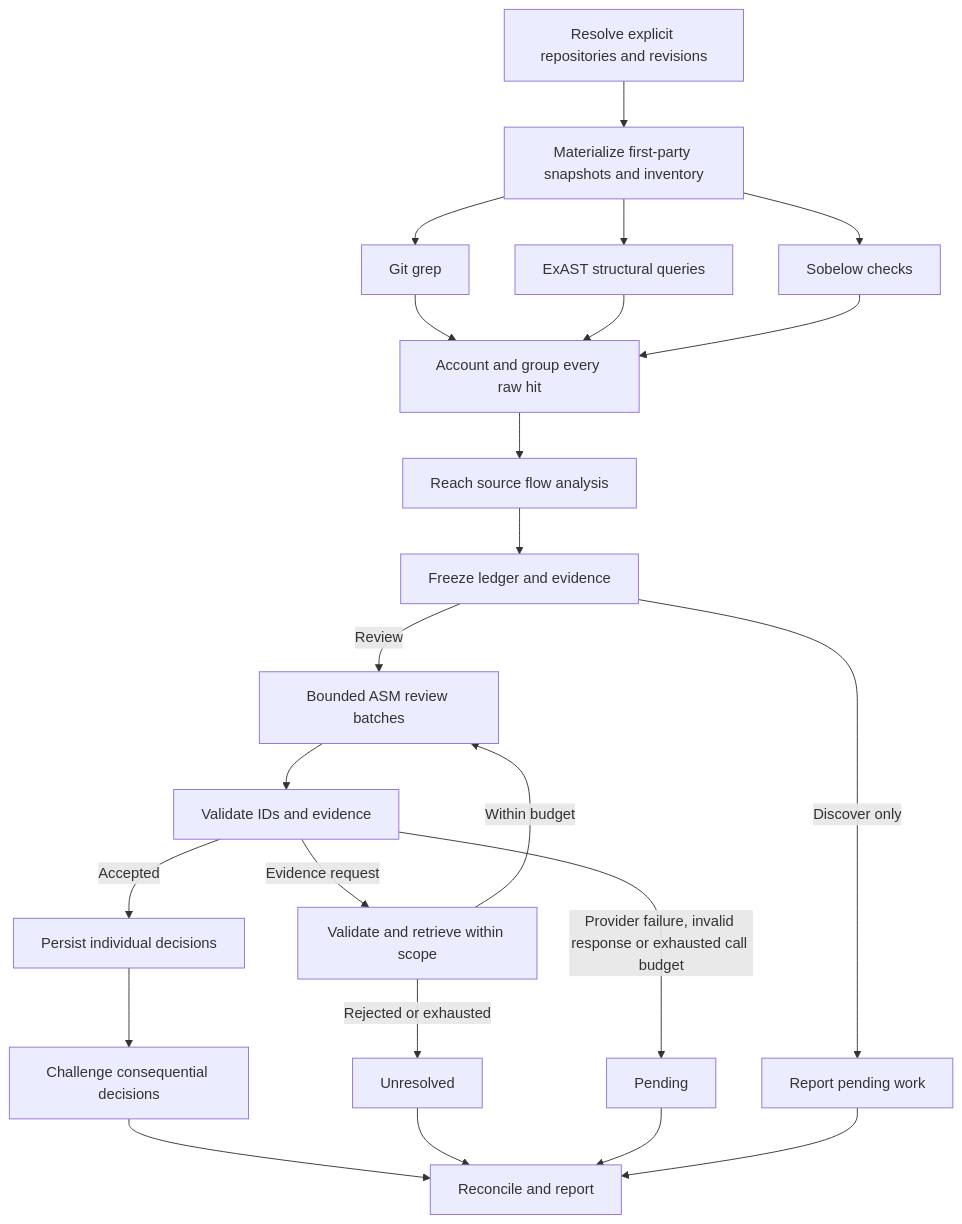
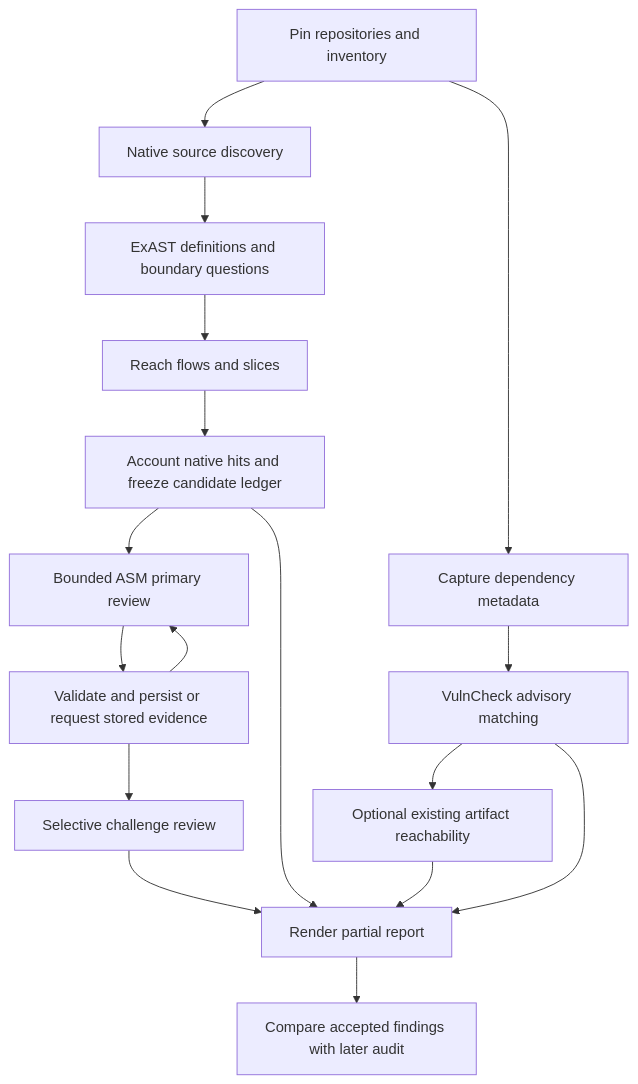
One commit to nshkrdotcom/beam_audit changed the diagram in guides/workflow.md. Above: the diagram before and after it, drawn with Mermaid. The commit also changed other lines of this file and 25 other files, not shown here.

First line of the commit message:
Expand BeamAudit toward unified source and dependency auditing

````diff
--- a/guides/workflow.md
+++ b/guides/workflow.md
@@ -5,22 +3,19 @@
 ```mermaid
 flowchart TD
-    A[Resolve explicit repositories and revisions] --> B[Materialize first-party snapshots and inventory]
-    B --> C[Git grep]
-    B --> D[ExAST structural queries]
-    B --> E[Sobelow checks]
-    C & D & E --> F[Account and group every raw hit]
-    F --> G[Reach source flow analysis]
-    G --> H[Freeze ledger and evidence]
-    H -->|Discover only| R[Report pending work]
-    H -->|Review| J[Bounded ASM review batches]
-    J --> K[Validate IDs and evidence]
-    K -->|Accepted| L[Persist individual decisions]
-    K -->|Evidence request| M[Validate and retrieve within scope]
-    M -->|Within budget| J
-    M -->|Rejected or exhausted| N[Unresolved]
-    K -->|Provider failure, invalid response or exhausted call budget| P[Pending]
-    L --> O[Challenge consequential decisions]
-    O --> Q[Reconcile and report]
-    N & P --> Q
-    R --> Q
+    A[Pin repositories and inventory] --> B[Native source discovery]
+    A --> D[Capture dependency metadata]
+    B --> C[ExAST definitions and boundary questions]
+    C --> E[Reach flows and slices]
+    E --> F[Account native hits and freeze candidate ledger]
+    D --> G[VulnCheck advisory matching]
+    G --> H[Optional existing artifact reachability]
+    F --> I[Bounded ASM primary review]
+    I --> J[Validate and persist or request stored evidence]
+    J --> I
+    J --> K[Selective challenge review]
+    F --> L[Render partial report]
+    G --> L
+    H --> L
+    K --> L
+    L --> M[Compare accepted findings with later audit]
 ```
````
